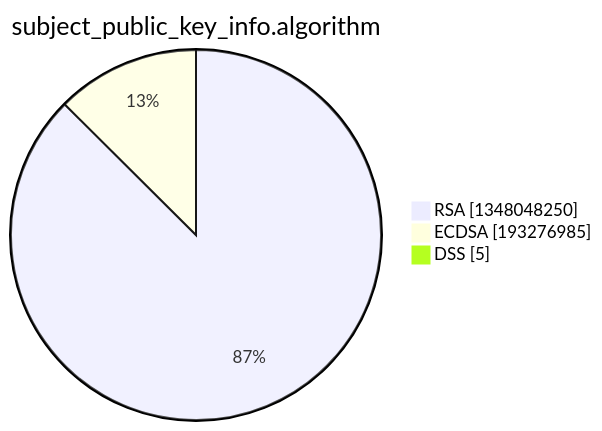
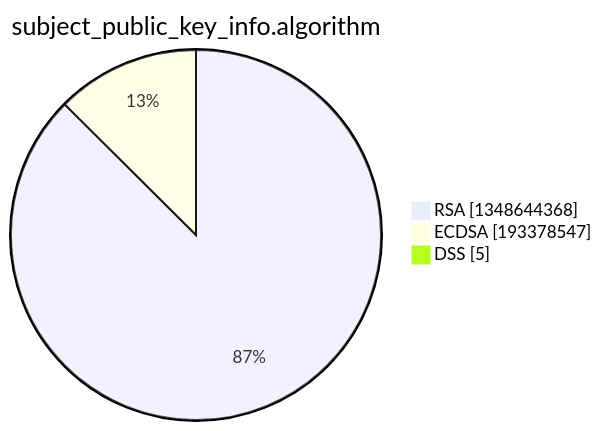
The third of 15 diagrams in xenon2022/README.md (christiankrug/ctmonitor_visualization), drawn with Mermaid before and after one commit. The commit also changed other lines of this file, not shown here.

````diff
--- a/xenon2022/README.md
+++ b/xenon2022/README.md
@@ -14,7 +14,7 @@
 ```mermaid
 pie showData
 title subject_public_key_info.algorithm
-"RSA" :1348048250
-"ECDSA" :193276985
+"RSA" :1348644368
+"ECDSA" :193378547
 "DSS" :5
 ```
````
